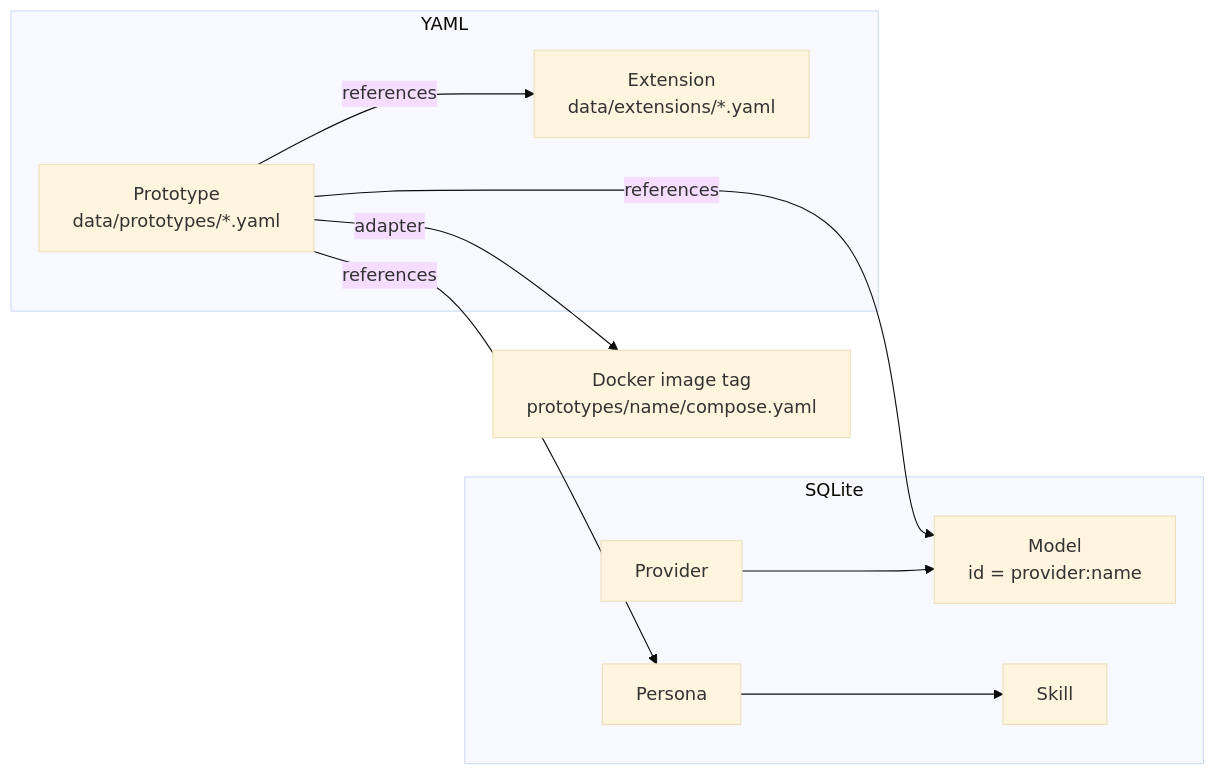
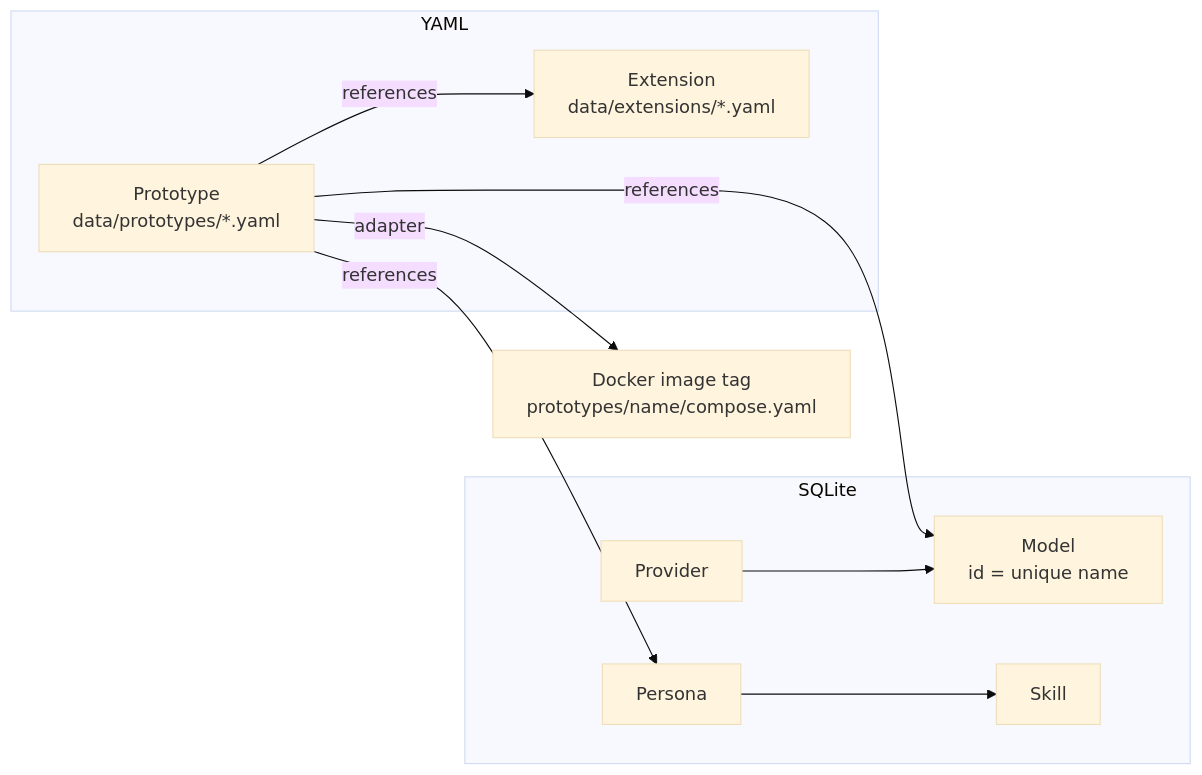
The second of 3 diagrams in cards/architecture-overview.md (shazhou-ww/sumeru), drawn with Mermaid (base theme) before and after one commit. The commit also changed other lines of this file and 16 other files, not shown here.

Commit message:
fix(adapter-claude-code): clear adapter state on reset + remove provider:model format (#299)

````diff
--- a/cards/architecture-overview.md
+++ b/cards/architecture-overview.md
@@ -37,15 +37,15 @@
 ```mermaid
 flowchart LR
   subgraph SQLite
-    P[Provider] --> M[Model\nid = provider:name]
+    P[Provider] --> M[Model\nid = unique name]
     PS[Persona] --> SK[Skill]
   end
   subgraph YAML
     PR[Prototype\ndata/prototypes/*.yaml]
     EX[Extension\ndata/extensions/*.yaml]
   end
   PR -->|references| M
   PR -->|references| PS
   PR -->|references| EX
   PR -->|adapter| AD[Docker image tag\nprototypes/name/compose.yaml]
 ```
````
